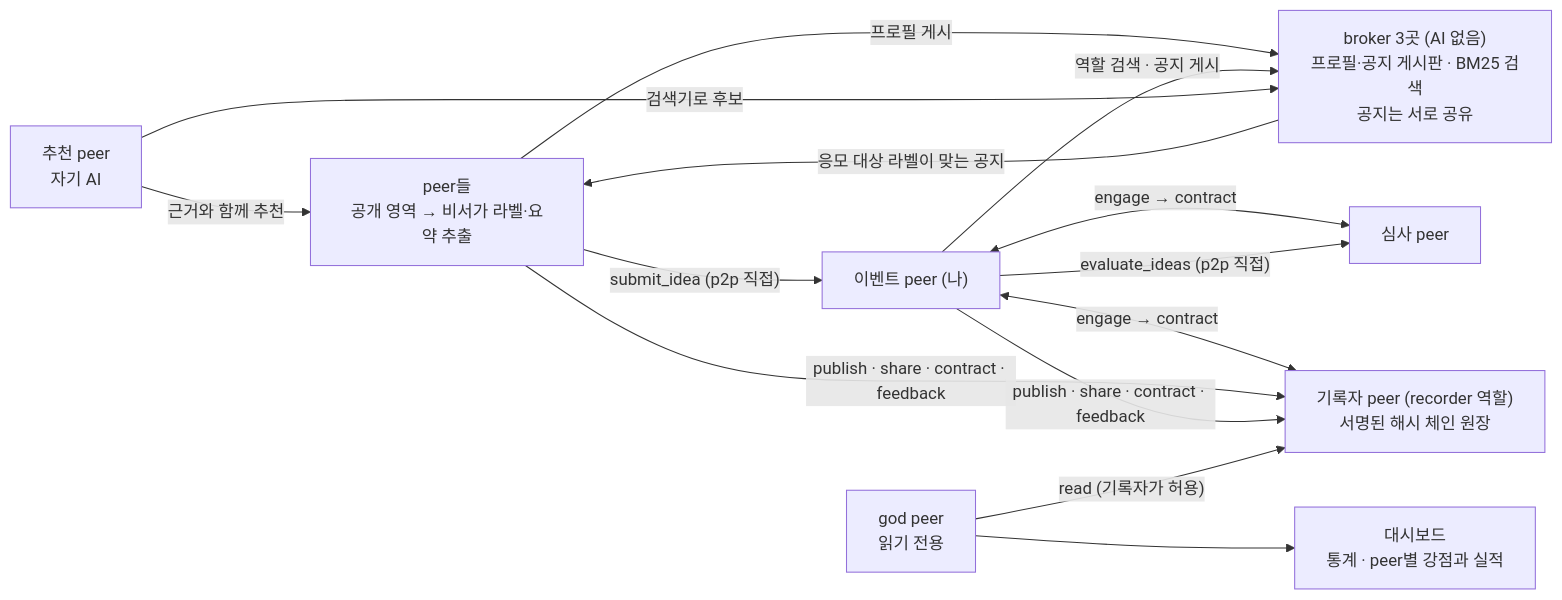
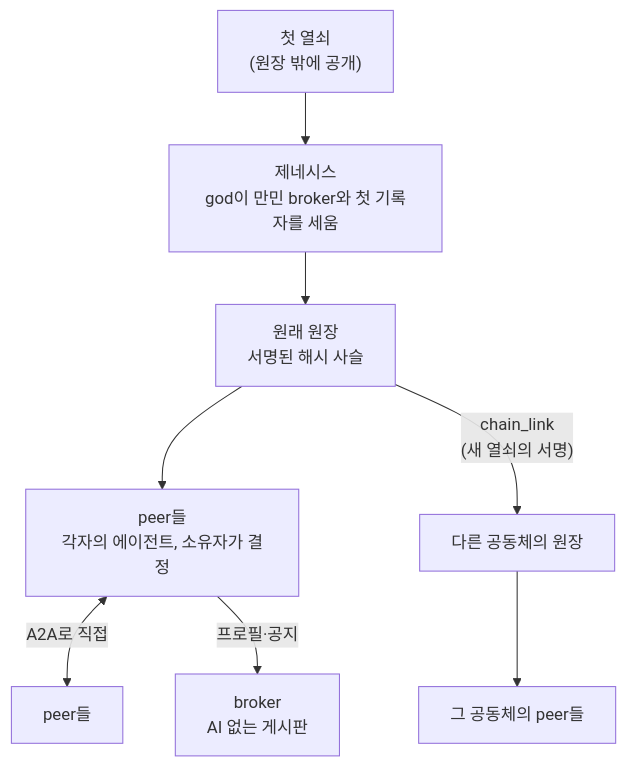
The diagram in README.md (tanminkwan/share-ur-tokens), drawn with Mermaid before and after one commit. The commit also changed other lines of this file, not shown here.

````diff
--- a/README.md
+++ b/README.md
@@ -18,15 +37,10 @@
 ```mermaid
-flowchart LR
-    P["peer들<br/>공개 영역 → 비서가 라벨·요약 추출"] -- "프로필 게시" --> B["broker 3곳 (AI 없음)<br/>프로필·공지 게시판 · BM25 검색<br/>공지는 서로 공유"]
-    E["이벤트 peer (나)"] -- "역할 검색 · 공지 게시" --> B
-    B -- "응모 대상 라벨이 맞는 공지" --> P
-    M["추천 peer<br/>자기 AI"] -- "검색기로 후보" --> B
-    M -- "근거와 함께 추천" --> P
-    E <-- "engage → contract" --> R["심사 peer"]
-    P -- "submit_idea (p2p 직접)" --> E
-    E -- "evaluate_ideas (p2p 직접)" --> R
-    E <-- "engage → contract" --> L["기록자 peer (recorder 역할)<br/>서명된 해시 체인 원장"]
-    P & E -- "publish · share · contract · feedback" --> L
-    O["god peer<br/>읽기 전용"] -- "read (기록자가 허용)" --> L
-    O --> D["대시보드<br/>통계 · peer별 강점과 실적"]
+flowchart TB
+    A["첫 열쇠<br/>(원장 밖에 공개)"] --> G["제네시스<br/>god이 만민 broker와 첫 기록자를 세움"]
+    G --> L["원래 원장<br/>서명된 해시 사슬"]
+    L --> P["peer들<br/>각자의 에이전트, 소유자가 결정"]
+    P <-->|"A2A로 직접"| Q["peer들"]
+    P -->|"프로필·공지"| B["broker<br/>AI 없는 게시판"]
+    L -->|"chain_link<br/>(새 열쇠의 서명)"| C["다른 공동체의 원장"]
+    C --> R["그 공동체의 peer들"]
 ```
````
